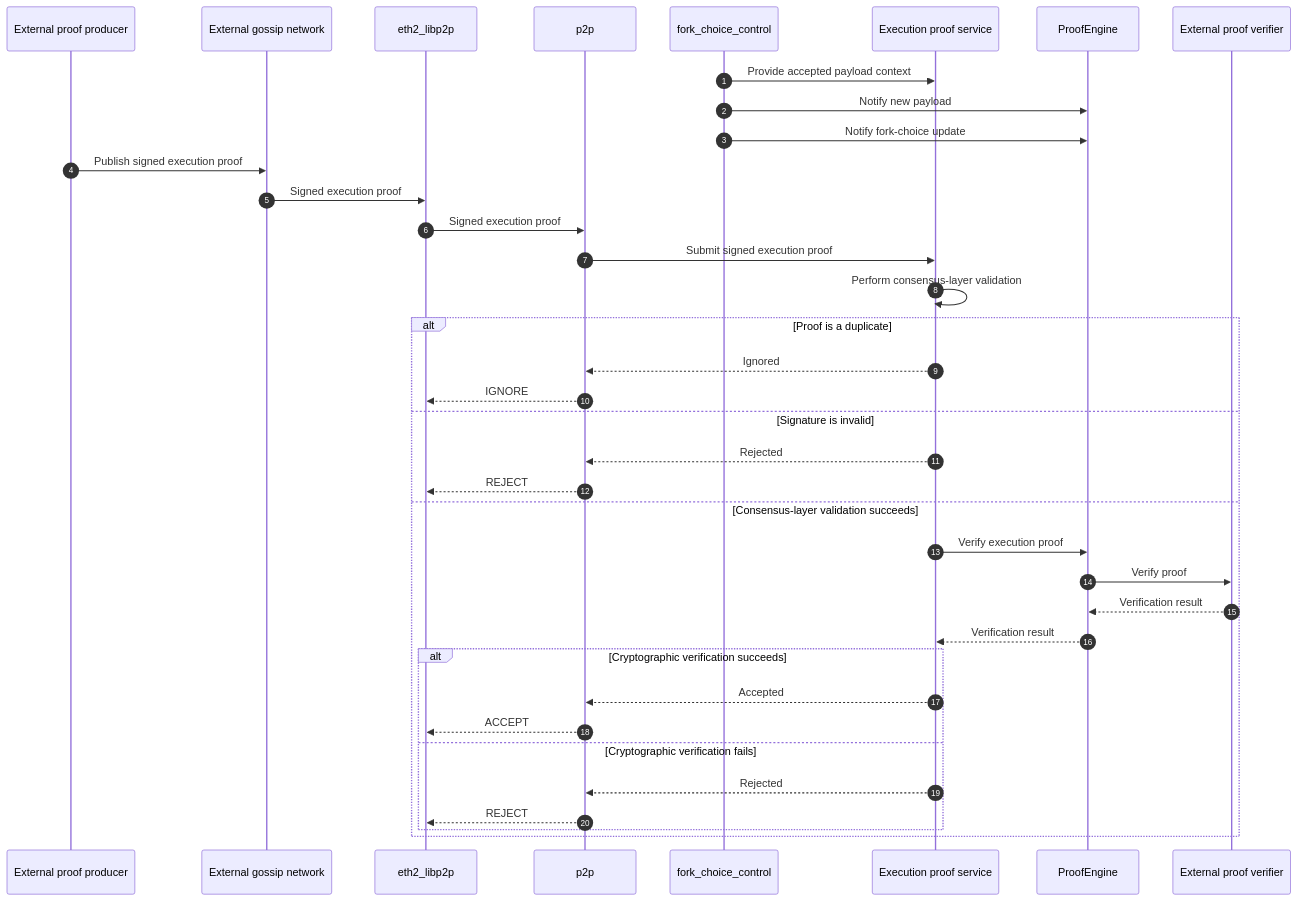
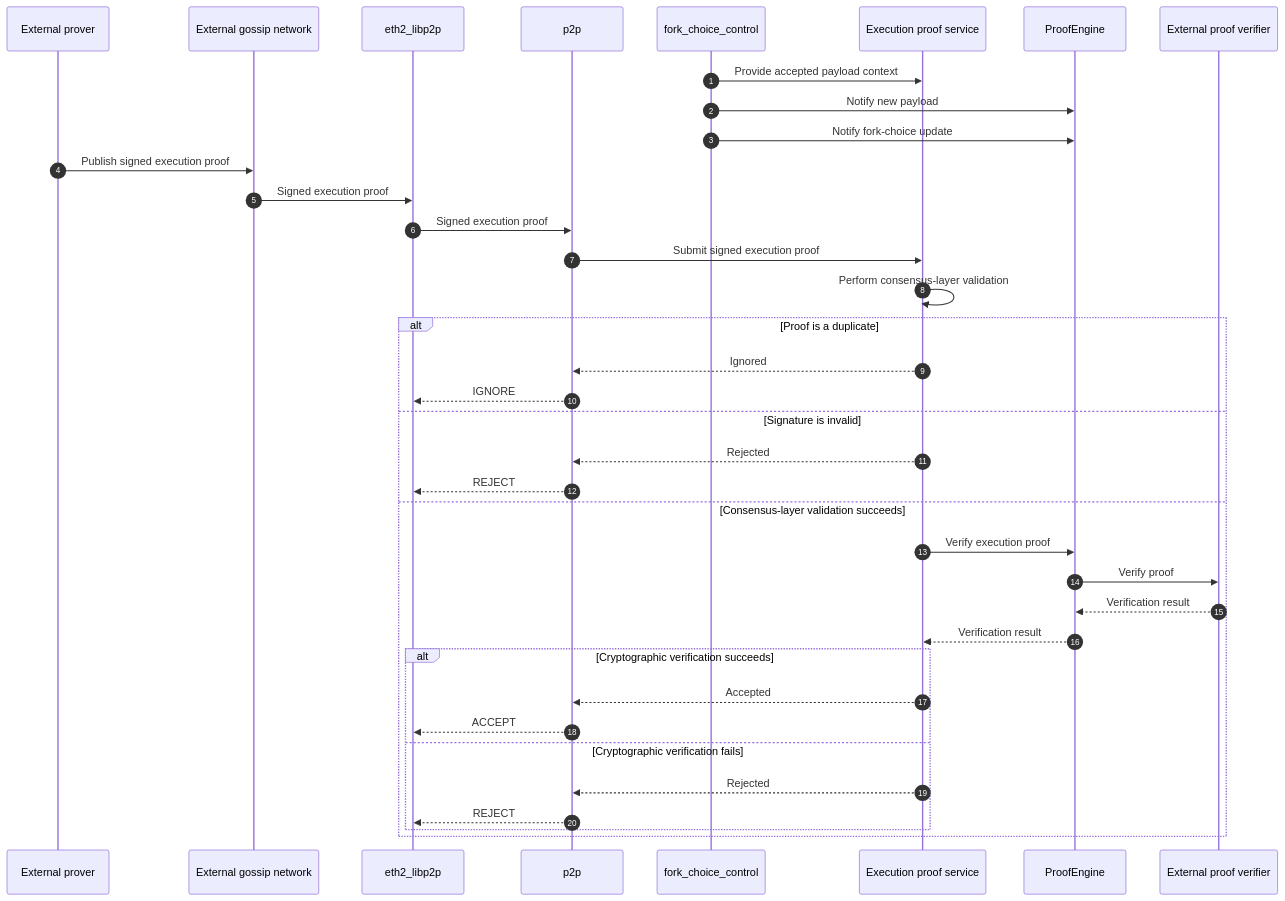
Before and after one commit to creese/cohort-seven: the second of 2 diagrams in projects/grandine-optional-execution-proofs.md, drawn with Mermaid. The commit also changed other lines of this file, not shown here.

Commit message:
Use “prover” consistently throughout

````diff
--- a/projects/grandine-optional-execution-proofs.md
+++ b/projects/grandine-optional-execution-proofs.md
@@ -161,47 +161,47 @@
 ```mermaid
 sequenceDiagram
     autonumber
 
-    participant Producer as External proof producer
+    participant Prover as External prover
     participant Network as External gossip network
     participant Libp2p as eth2_libp2p
     participant P2P as p2p
     participant FCC as fork_choice_control
     participant EPS as Execution proof service
     participant PE as ProofEngine
     participant Verifier as External proof verifier
 
     FCC->>EPS: Provide accepted payload context
     FCC->>PE: Notify new payload
     FCC->>PE: Notify fork-choice update
 
-    Producer->>Network: Publish signed execution proof
+    Prover->>Network: Publish signed execution proof
     Network->>Libp2p: Signed execution proof
     Libp2p->>P2P: Signed execution proof
     P2P->>EPS: Submit signed execution proof
     
     %% The Execution proof service performs lightweight checks first
     EPS->>EPS: Perform consensus-layer validation
     
     alt Proof is a duplicate
         EPS-->>P2P: Ignored
         P2P-->>Libp2p: IGNORE
     else Signature is invalid
         EPS-->>P2P: Rejected
         P2P-->>Libp2p: REJECT
     else Consensus-layer validation succeeds
         %% Only proofs that pass consensus-layer checks are routed to ProofEngine
         EPS->>PE: Verify execution proof
         PE->>Verifier: Verify proof
         Verifier-->>PE: Verification result
         PE-->>EPS: Verification result
 
         alt Cryptographic verification succeeds
             EPS-->>P2P: Accepted
             P2P-->>Libp2p: ACCEPT
         else Cryptographic verification fails
             EPS-->>P2P: Rejected
             P2P-->>Libp2p: REJECT
         end
     end
 ```
````
